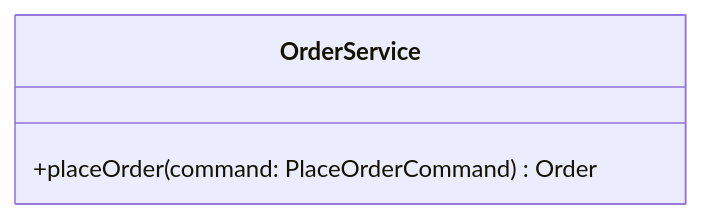
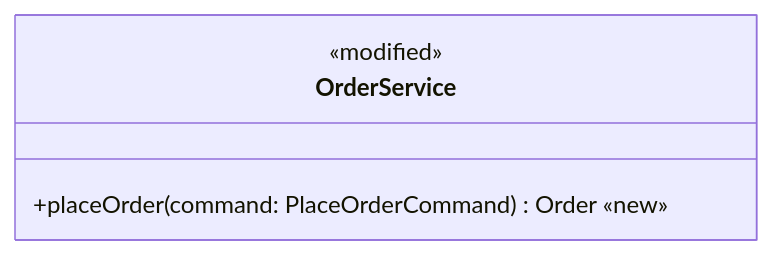
One commit to stevecyj/skills changed the fifth of 12 diagrams in .agents/skills/plan-with-class-diagram/rules/類別圖輸出-格式規範.md. Above: the diagram before and after it, drawn with Mermaid. The commit also changed other lines of this file and 26 other files, not shown here.

````diff
--- a/.agents/skills/plan-with-class-diagram/rules/類別圖輸出-格式規範.md
+++ b/.agents/skills/plan-with-class-diagram/rules/類別圖輸出-格式規範.md
@@ -73,6 +134,7 @@
 ```mermaid
 classDiagram
-    class OrderService {
-        +placeOrder(command: PlaceOrderCommand) Order
+    class OrderService:::changed {
+        <<modified>>
+        +placeOrder(command: PlaceOrderCommand) Order «new»
     }
 ```
````
